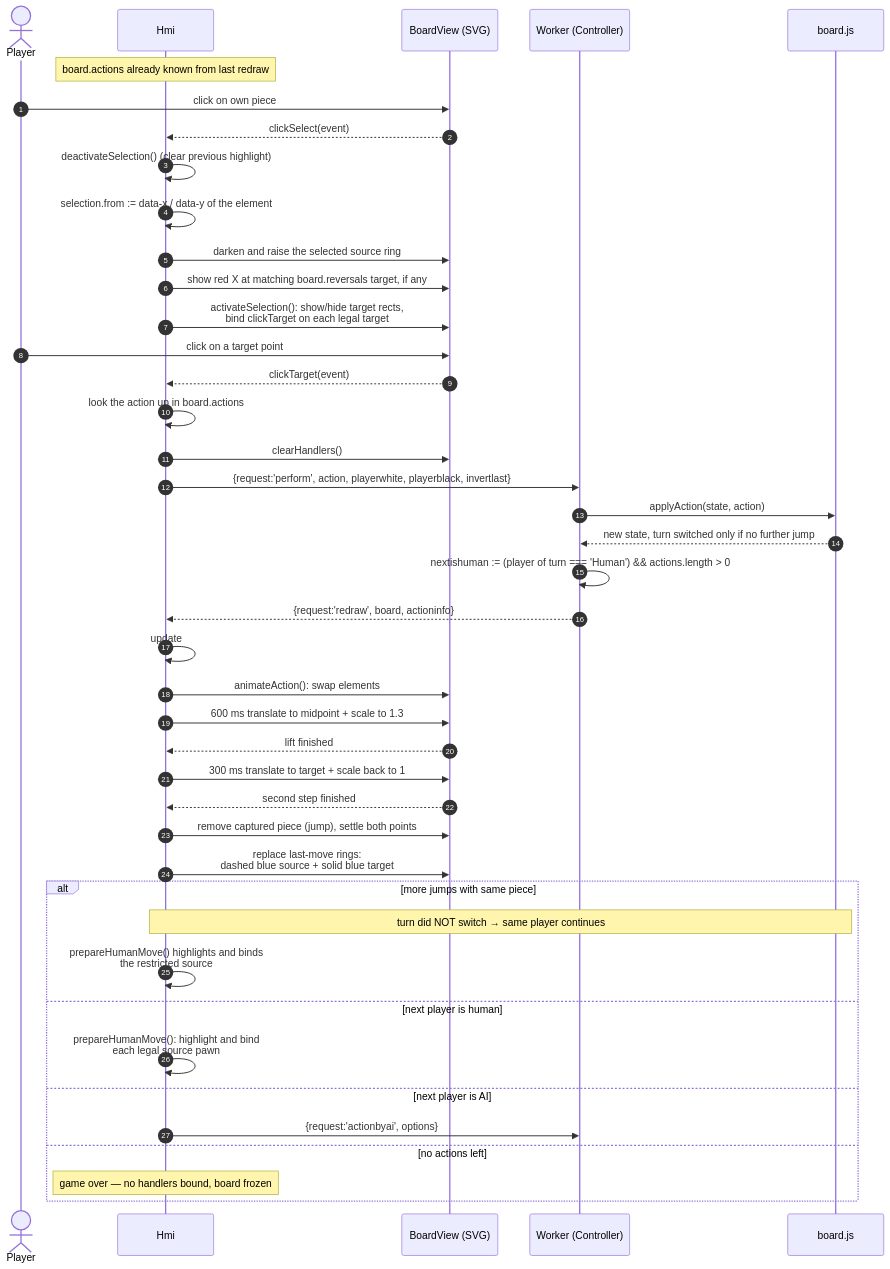
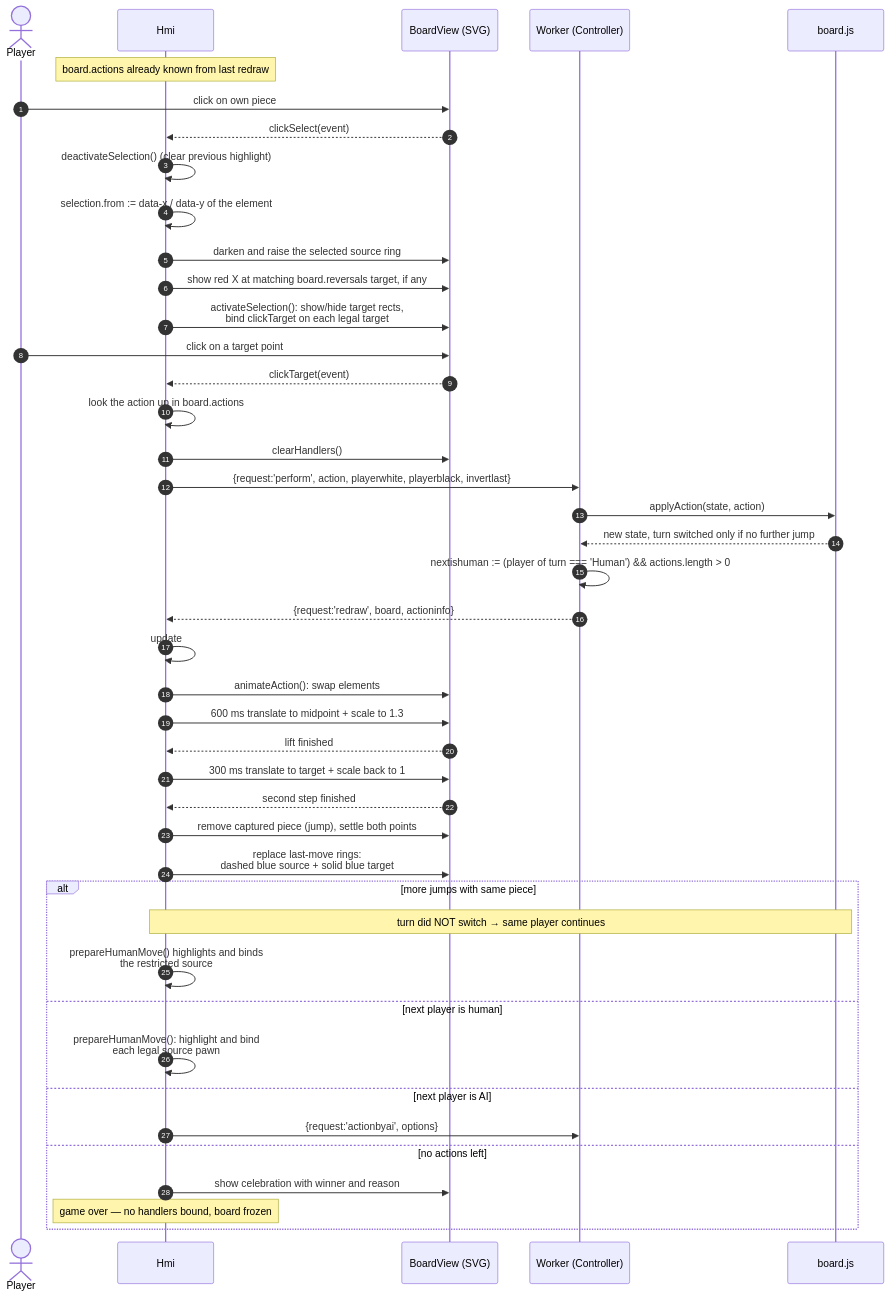
Before and after one commit to OMerkel/Alquerque: diagram 11 of 20 in doc/software_architecture.md, drawn with Mermaid. The commit also changed other lines of this file and 10 other files, not shown here.

````diff
--- a/doc/software_architecture.md
+++ b/doc/software_architecture.md
@@ -604,45 +606,46 @@
 ```mermaid
 sequenceDiagram
   autonumber
   actor P as Player
   participant Hmi
   participant Paper as BoardView (SVG)
   participant W as Worker (Controller)
   participant Board as board.js
 
   Note over Hmi: board.actions already known from last redraw
   P->>Paper: click on own piece
   Paper-->>Hmi: clickSelect(event)
   Hmi->>Hmi: deactivateSelection() (clear previous highlight)
   Hmi->>Hmi: selection.from := data-x / data-y of the element
   Hmi->>Paper: darken and raise the selected source ring
   Hmi->>Paper: show red X at matching board.reversals target, if any
   Hmi->>Paper: activateSelection(): show/hide target rects,<br/>bind clickTarget on each legal target
   P->>Paper: click on a target point
   Paper-->>Hmi: clickTarget(event)
   Hmi->>Hmi: look the action up in board.actions
   Hmi->>Paper: clearHandlers()
   Hmi->>W: {request:'perform', action, playerwhite, playerblack, invertlast}
   W->>Board: applyAction(state, action)
   Board-->>W: new state, turn switched only if no further jump
   W->>W: nextishuman := (player of turn === 'Human') && actions.length > 0
   W-->>Hmi: {request:'redraw', board, actioninfo}
   Hmi->>Hmi: update #active-player from board.turn + options
   Hmi->>Paper: animateAction(): swap elements
   Hmi->>Paper: 600 ms translate to midpoint + scale to 1.3
   Paper-->>Hmi: lift finished
   Hmi->>Paper: 300 ms translate to target + scale back to 1
   Paper-->>Hmi: second step finished
   Hmi->>Paper: remove captured piece (jump), settle both points
   Hmi->>Paper: replace last-move rings:<br/>dashed blue source + solid blue target
   alt more jumps with same piece
     Note over Hmi,Board: turn did NOT switch → same player continues
     Hmi->>Hmi: prepareHumanMove() highlights and binds<br/>the restricted source
   else next player is human
     Hmi->>Hmi: prepareHumanMove(): highlight and bind<br/>each legal source pawn
   else next player is AI
     Hmi->>W: {request:'actionbyai', options}
   else no actions left
+    Hmi->>Paper: show celebration with winner and reason
     Note over Hmi: game over — no handlers bound, board frozen
   end
 ```
````
